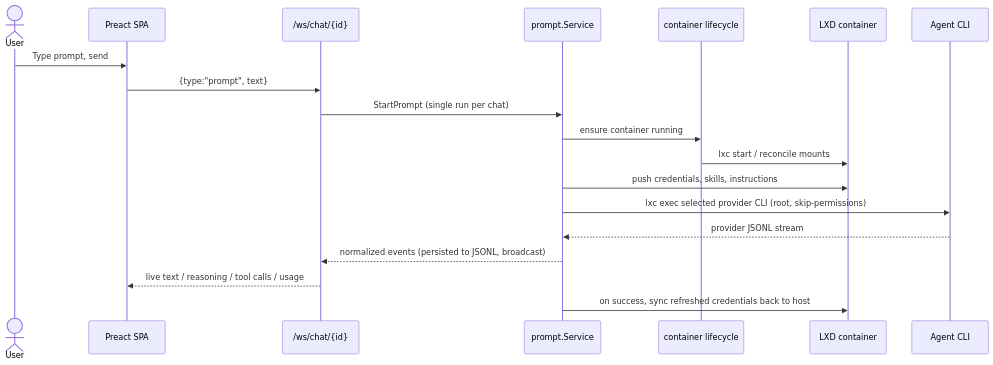
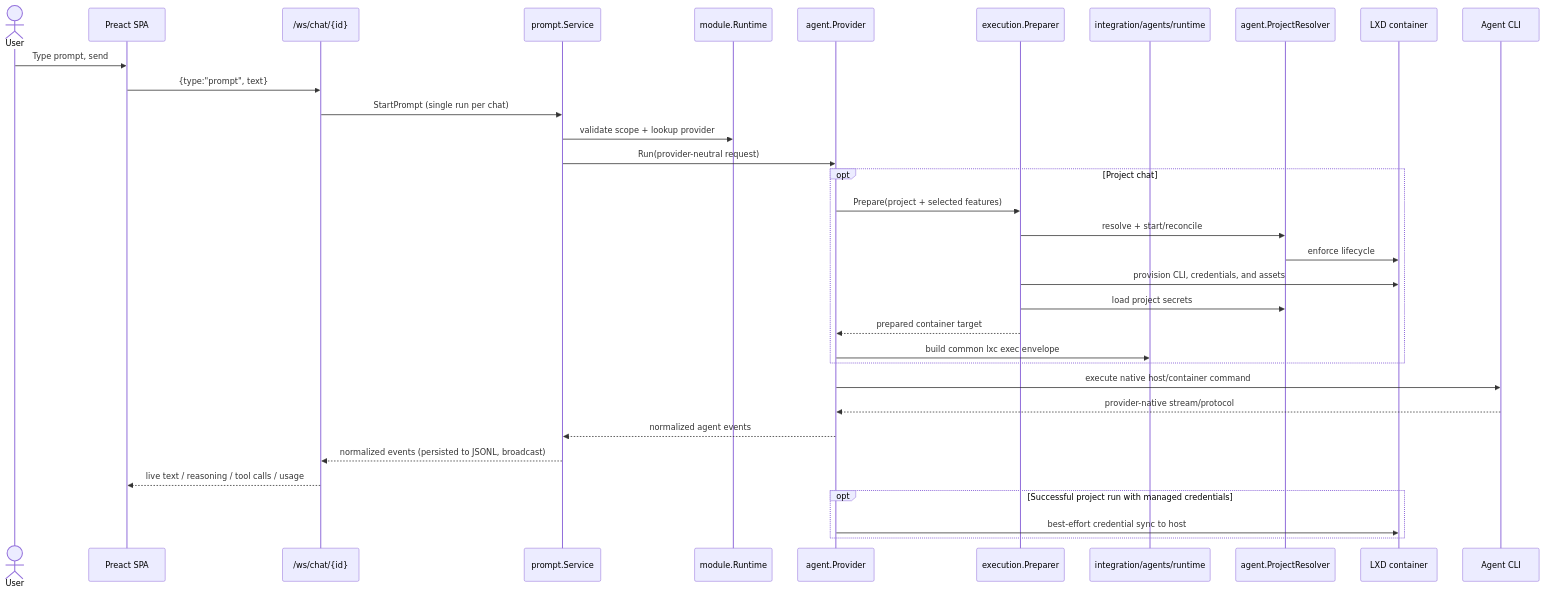
One commit to AbdallahMohamedDotnet/remote.futrx changed the second of 2 diagrams in ARCHITECTURE.md. Above: the diagram before and after it, drawn with Mermaid. The commit also changed other lines of this file and 26 other files, not shown here.

Commit message:
docs(agents): document integration contract

````diff
--- a/ARCHITECTURE.md
+++ b/ARCHITECTURE.md
@@ -112,22 +112,37 @@
 ```mermaid
 sequenceDiagram
     actor User
     participant SPA as Preact SPA
     participant WS as /ws/chat/{id}
     participant Prompt as prompt.Service
-    participant Life as container lifecycle
+    participant Runtime as module.Runtime
+    participant Provider as agent.Provider
+    participant Prep as execution.Preparer
+    participant Cmd as integration/agents/runtime
+    participant Projects as agent.ProjectResolver
     participant LXD as LXD container
     participant CLI as Agent CLI
 
     User->>SPA: Type prompt, send
     SPA->>WS: {type:"prompt", text}
     WS->>Prompt: StartPrompt (single run per chat)
-    Prompt->>Life: ensure container running
-    Life->>LXD: lxc start / reconcile mounts
-    Prompt->>LXD: push credentials, skills, instructions
-    Prompt->>CLI: lxc exec selected provider CLI (root, skip-permissions)
-    CLI-->>Prompt: provider JSONL stream
+    Prompt->>Runtime: validate scope + lookup provider
+    Prompt->>Provider: Run(provider-neutral request)
+    opt Project chat
+        Provider->>Prep: Prepare(project + selected features)
+        Prep->>Projects: resolve + start/reconcile
+        Projects->>LXD: enforce lifecycle
+        Prep->>LXD: provision CLI, credentials, and assets
+        Prep->>Projects: load project secrets
+        Prep-->>Provider: prepared container target
+        Provider->>Cmd: build common lxc exec envelope
+    end
+    Provider->>CLI: execute native host/container command
+    CLI-->>Provider: provider-native stream/protocol
+    Provider-->>Prompt: normalized agent events
     Prompt-->>WS: normalized events (persisted to JSONL, broadcast)
     WS-->>SPA: live text / reasoning / tool calls / usage
-    Prompt->>LXD: on success, sync refreshed credentials back to host
+    opt Successful project run with managed credentials
+        Provider->>LXD: best-effort credential sync to host
+    end
 ```
````
